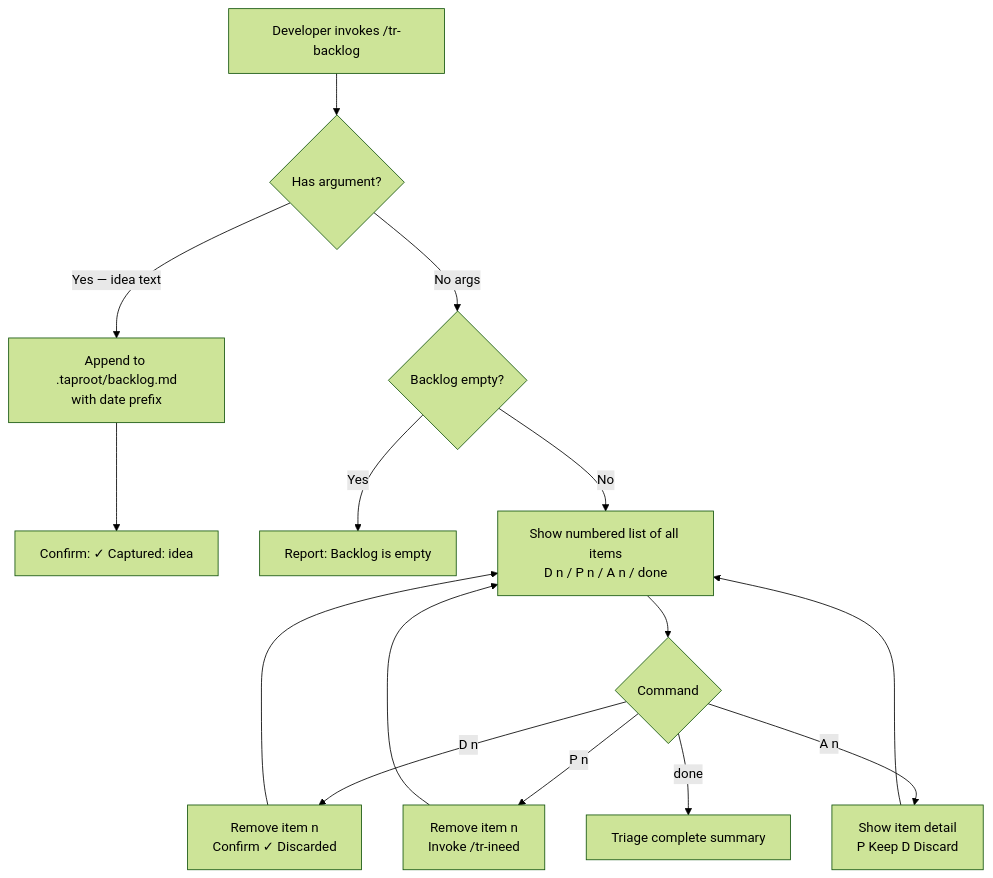
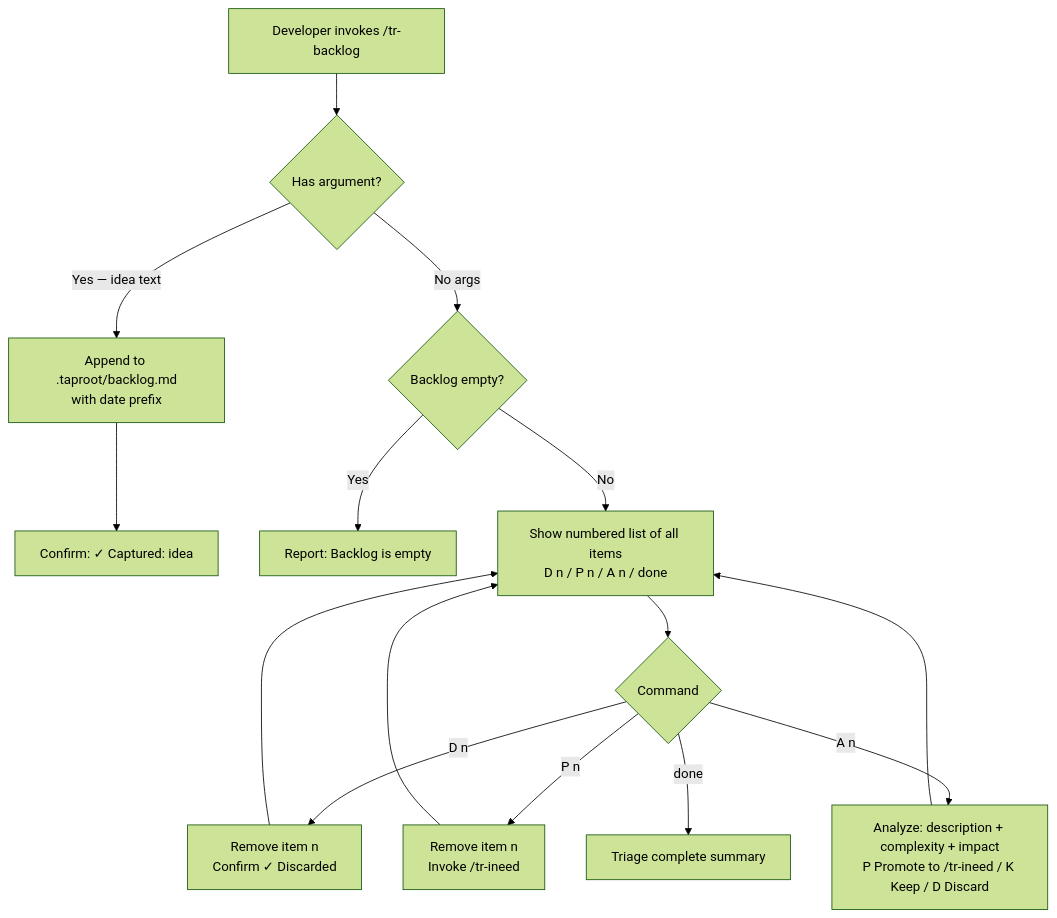
Before and after one commit to imix/taproot: the diagram in taproot/taproot-backlog/manage-backlog/usecase.md, drawn with Mermaid (forest theme). The commit also changed other lines of this file and 3 other files, not shown here.

Commit message:
taproot(taproot-backlog/manage-backlog): clarify promote label and enrich analyze output

````diff
--- a/taproot/taproot-backlog/manage-backlog/usecase.md
+++ b/taproot/taproot-backlog/manage-backlog/usecase.md
@@ -74,14 +78,14 @@
 ```mermaid
 flowchart TD
     A[Developer invokes /tr-backlog] --> B{Has argument?}
     B -->|Yes — idea text| C[Append to .taproot/backlog.md\nwith date prefix]
     C --> D[Confirm: ✓ Captured: idea]
     B -->|No args| E{Backlog empty?}
     E -->|Yes| F[Report: Backlog is empty]
     E -->|No| G[Show numbered list of all items\nD n / P n / A n / done]
     G --> H{Command}
     H -->|D n| I[Remove item n\nConfirm ✓ Discarded] --> G
     H -->|P n| L[Remove item n\nInvoke /tr-ineed] --> G
-    H -->|A n| N[Show item detail\nP Keep D Discard] --> G
+    H -->|A n| N[Analyze: description + complexity + impact\nP Promote to /tr-ineed / K Keep / D Discard] --> G
     H -->|done| M[Triage complete summary]
 ```
````
